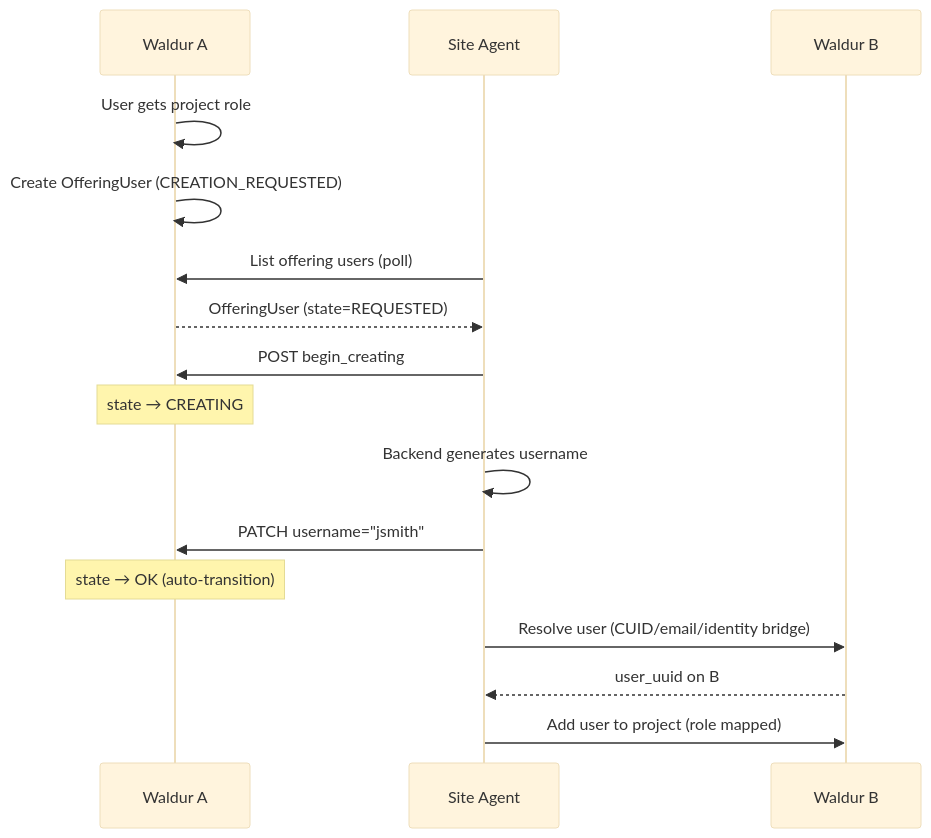
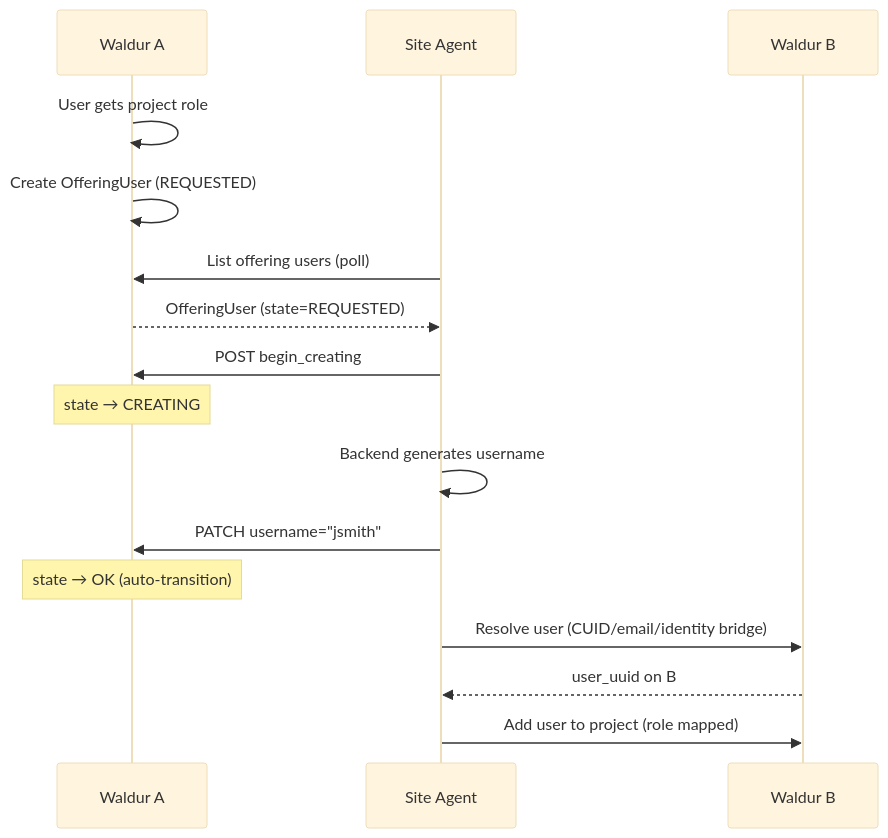
Before and after one commit to waldur/waldur-site-agent: the second of 8 diagrams in docs/waldur-offering-user-sync.md, drawn with Mermaid (base theme). The commit also changed other lines of this file and 5 other files, not shown here.

Commit message:
Bring offering-user and plugin-author docs in line with the code [#52]

````diff
--- a/docs/waldur-offering-user-sync.md
+++ b/docs/waldur-offering-user-sync.md
@@ -78,23 +78,23 @@
 ```mermaid
 sequenceDiagram
     participant MA as Waldur A
     participant SA as Site Agent
     participant MB as Waldur B
 
     MA->>MA: User gets project role
-    MA->>MA: Create OfferingUser (CREATION_REQUESTED)
+    MA->>MA: Create OfferingUser (REQUESTED)
 
     SA->>MA: List offering users (poll)
     MA-->>SA: OfferingUser (state=REQUESTED)
 
     SA->>MA: POST begin_creating
     Note over MA: state → CREATING
 
     SA->>SA: Backend generates username
     SA->>MA: PATCH username="jsmith"
     Note over MA: state → OK (auto-transition)
 
     SA->>MB: Resolve user (CUID/email/identity bridge)
     MB-->>SA: user_uuid on B
     SA->>MB: Add user to project (role mapped)
 ```
````
